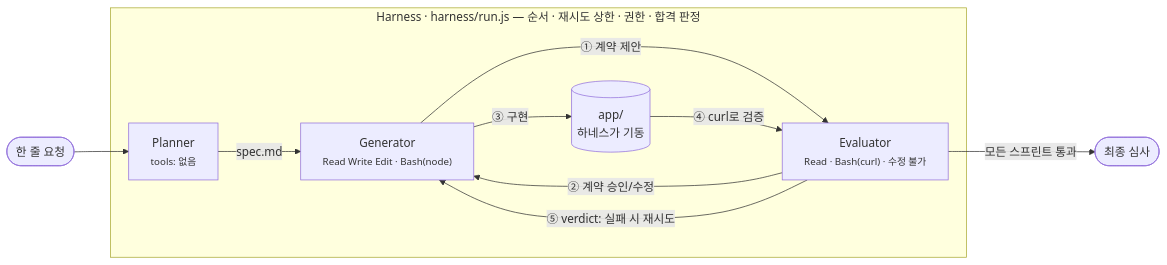
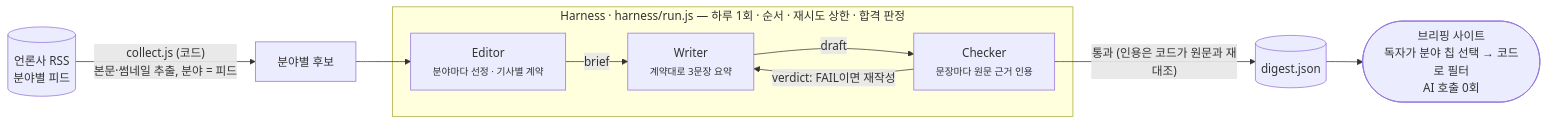
One commit to pj002321/Harness-ToDo changed the diagram in README.md. Above: the diagram before and after it, drawn with Mermaid. The commit also changed other lines of this file and 3 other files, not shown here.

````diff
--- a/README.md
+++ b/README.md
@@ -11,13 +24,12 @@
 ```mermaid
 flowchart LR
-    U([한 줄 요청]) --> P
-    subgraph H["Harness · harness/run.js — 순서 · 재시도 상한 · 권한 · 합격 판정"]
-        P["Planner<br/><small>tools: 없음</small>"] -- spec.md --> G
-        G["Generator<br/><small>Read Write Edit · Bash(node)</small>"] -- "① 계약 제안" --> E
-        E["Evaluator<br/><small>Read · Bash(curl) · 수정 불가</small>"] -- "② 계약 승인/수정" --> G
-        G -- "③ 구현" --> A[("app/<br/>하네스가 기동")]
-        A -- "④ curl로 검증" --> E
-        E -- "⑤ verdict: 실패 시 재시도" --> G
+    RSS[(언론사 RSS<br/>분야별 피드)] -- "collect.js (코드)<br/>본문·썸네일 추출, 분야 = 피드" --> S[분야별 후보]
+    S --> E
+    subgraph H["Harness · harness/run.js — 하루 1회 · 순서 · 재시도 상한 · 합격 판정"]
+        E["Editor<br/><small>분야마다 선정 · 기사별 계약</small>"] -- brief --> W
+        W["Writer<br/><small>계약대로 3문장 요약</small>"] -- draft --> C
+        C["Checker<br/><small>문장마다 원문 근거 인용</small>"] -- "verdict: FAIL이면 재작성" --> W
     end
-    E -- 모든 스프린트 통과 --> F([최종 심사])
+    C -- "통과 (인용은 코드가 원문과 재대조)" --> D[(digest.json)]
+    D --> V(["브리핑 사이트<br/>독자가 분야 칩 선택 → 코드로 필터<br/>AI 호출 0회"])
 ```
````
